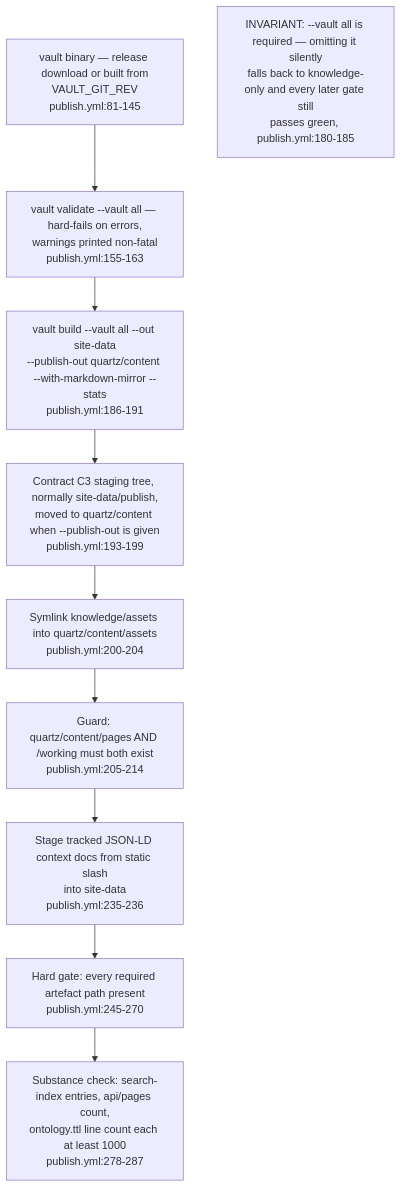
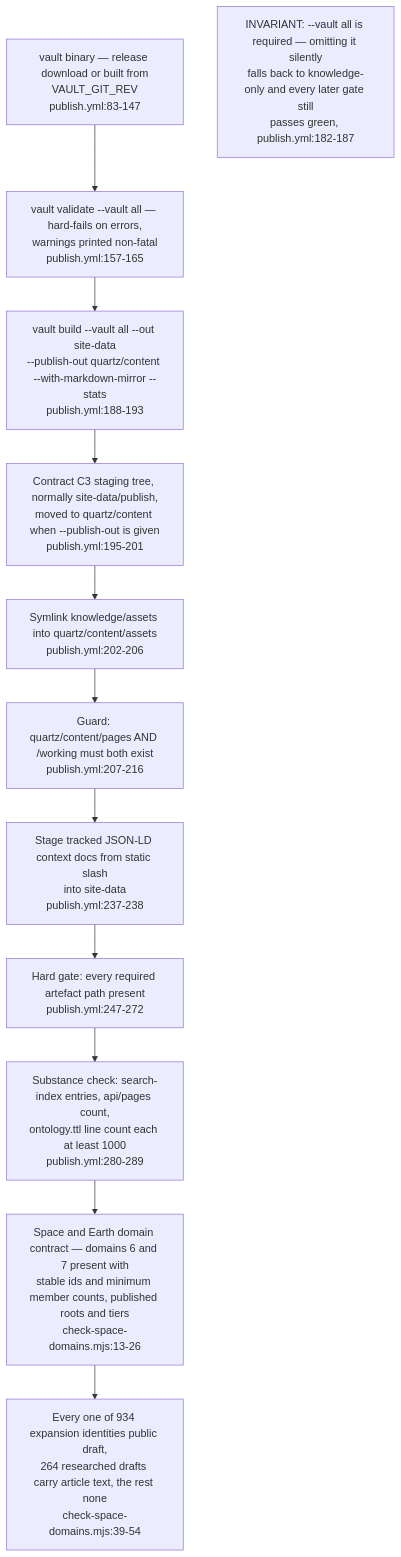
One commit to DreamLab-AI/VisionFlow changed the third of 4 diagrams in docs/diagrams/visiongraph/03-publish-pipeline-and-explorer-build.md. Above: the diagram before and after it, drawn with Mermaid. The commit also changed other lines of this file and 94 other files, not shown here.

First line of the commit message:
docs(diagrams): re-verify 130 topics against 2 October HEADs

````diff
--- a/docs/diagrams/visiongraph/03-publish-pipeline-and-explorer-build.md
+++ b/docs/diagrams/visiongraph/03-publish-pipeline-and-explorer-build.md
@@ -61,14 +66,17 @@
 ```mermaid
 flowchart TD
-    BIN["vault binary — release download or built from<br/>VAULT_GIT_REV<br/>publish.yml:81-145"]
-    VALIDATE["vault validate --vault all — hard-fails on errors,<br/>warnings printed non-fatal<br/>publish.yml:155-163"]
-    BUILDCMD["vault build --vault all --out site-data<br/>--publish-out quartz/content --with-markdown-mirror --stats<br/>publish.yml:186-191"]
-    SPLIT["Contract C3 staging tree, normally site-data/publish,<br/>moved to quartz/content when --publish-out is given<br/>publish.yml:193-199"]
-    ASSETS["Symlink knowledge/assets into quartz/content/assets<br/>publish.yml:200-204"]
-    BOTH["Guard: quartz/content/pages AND /working must both exist<br/>publish.yml:205-214"]
-    CTX["Stage tracked JSON-LD context docs from static slash<br/>into site-data<br/>publish.yml:235-236"]
-    GATE["Hard gate: every required artefact path present<br/>publish.yml:245-270"]
-    SUBST["Substance check: search-index entries, api/pages count,<br/>ontology.ttl line count each at least 1000<br/>publish.yml:278-287"]
-    BIN --> VALIDATE --> BUILDCMD --> SPLIT --> ASSETS --> BOTH --> CTX --> GATE --> SUBST
-    note1["INVARIANT: --vault all is required — omitting it silently<br/>falls back to knowledge-only and every later gate still<br/>passes green, publish.yml:180-185"]
+    BIN["vault binary — release download or built from<br/>VAULT_GIT_REV<br/>publish.yml:83-147"]
+    VALIDATE["vault validate --vault all — hard-fails on errors,<br/>warnings printed non-fatal<br/>publish.yml:157-165"]
+    BUILDCMD["vault build --vault all --out site-data<br/>--publish-out quartz/content --with-markdown-mirror --stats<br/>publish.yml:188-193"]
+    SPLIT["Contract C3 staging tree, normally site-data/publish,<br/>moved to quartz/content when --publish-out is given<br/>publish.yml:195-201"]
+    ASSETS["Symlink knowledge/assets into quartz/content/assets<br/>publish.yml:202-206"]
+    BOTH["Guard: quartz/content/pages AND /working must both exist<br/>publish.yml:207-216"]
+    CTX["Stage tracked JSON-LD context docs from static slash<br/>into site-data<br/>publish.yml:237-238"]
+    GATE["Hard gate: every required artefact path present<br/>publish.yml:247-272"]
+    SUBST["Substance check: search-index entries, api/pages count,<br/>ontology.ttl line count each at least 1000<br/>publish.yml:280-289"]
+    BIN --> VALIDATE --> BUILDCMD --> SPLIT --> ASSETS --> BOTH --> CTX --> GATE --> SUBST --> SPACE
+    SPACE["Space and Earth domain contract — domains 6 and 7 present with<br/>stable ids and minimum member counts, published roots and tiers<br/>check-space-domains.mjs:13-26"]
+    SPACECNT["Every one of 934 expansion identities public draft,<br/>264 researched drafts carry article text, the rest none<br/>check-space-domains.mjs:39-54"]
+    SPACE --> SPACECNT
+    note1["INVARIANT: --vault all is required — omitting it silently<br/>falls back to knowledge-only and every later gate still<br/>passes green, publish.yml:182-187"]
 ```
````
